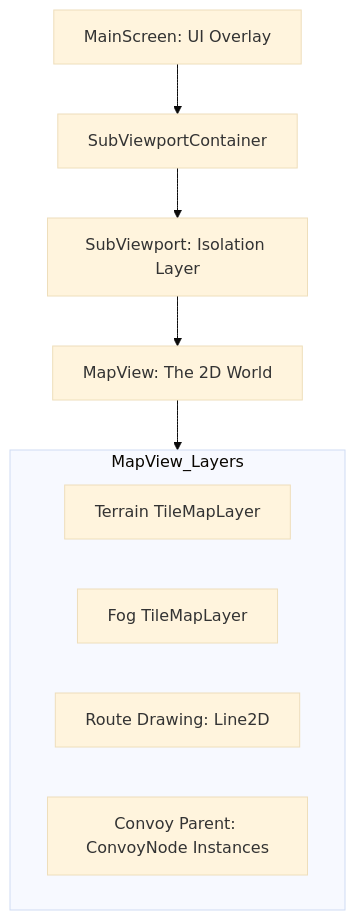
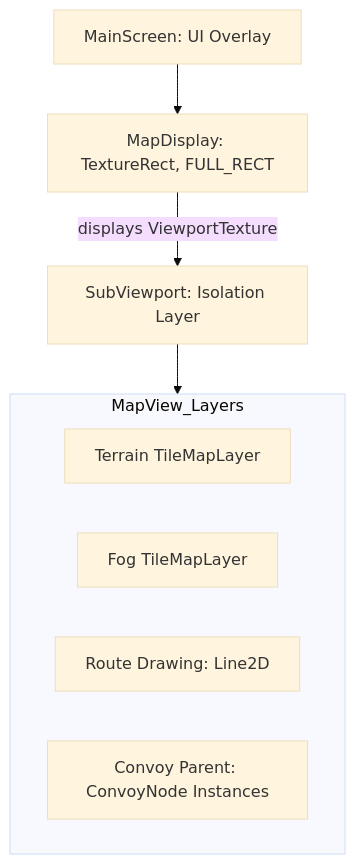
Before and after one commit to OoriData/DF_Godot: the diagram in docs/03_Systems/MapSystem/MapSystemOverview.md, drawn with Mermaid (base theme). The commit also changed other lines of this file and 15 other files, not shown here.

````diff
--- a/docs/03_Systems/MapSystem/MapSystemOverview.md
+++ b/docs/03_Systems/MapSystem/MapSystemOverview.md
@@ -20,15 +20,13 @@
 ```mermaid
 graph TD
-    Main[MainScreen: UI Overlay] --> ViewportContainer[SubViewportContainer]
-    ViewportContainer --> Viewport[SubViewport: Isolation Layer]
-    Viewport --> MapView[MapView: The 2D World]
+    Main[MainScreen: UI Overlay] --> MapDisplay[MapDisplay: TextureRect, FULL_RECT]
+    MapDisplay -- displays ViewportTexture --> Viewport[SubViewport: Isolation Layer]
+    Viewport --> MapView_Layers
     
     subgraph MapView_Layers
     Tiles[Terrain TileMapLayer]
     Fog[Fog TileMapLayer]
     Routes[Route Drawing: Line2D]
     Convoys[Convoy Parent: ConvoyNode Instances]
     end
-    
-    MapView --> MapView_Layers
 ```
````
